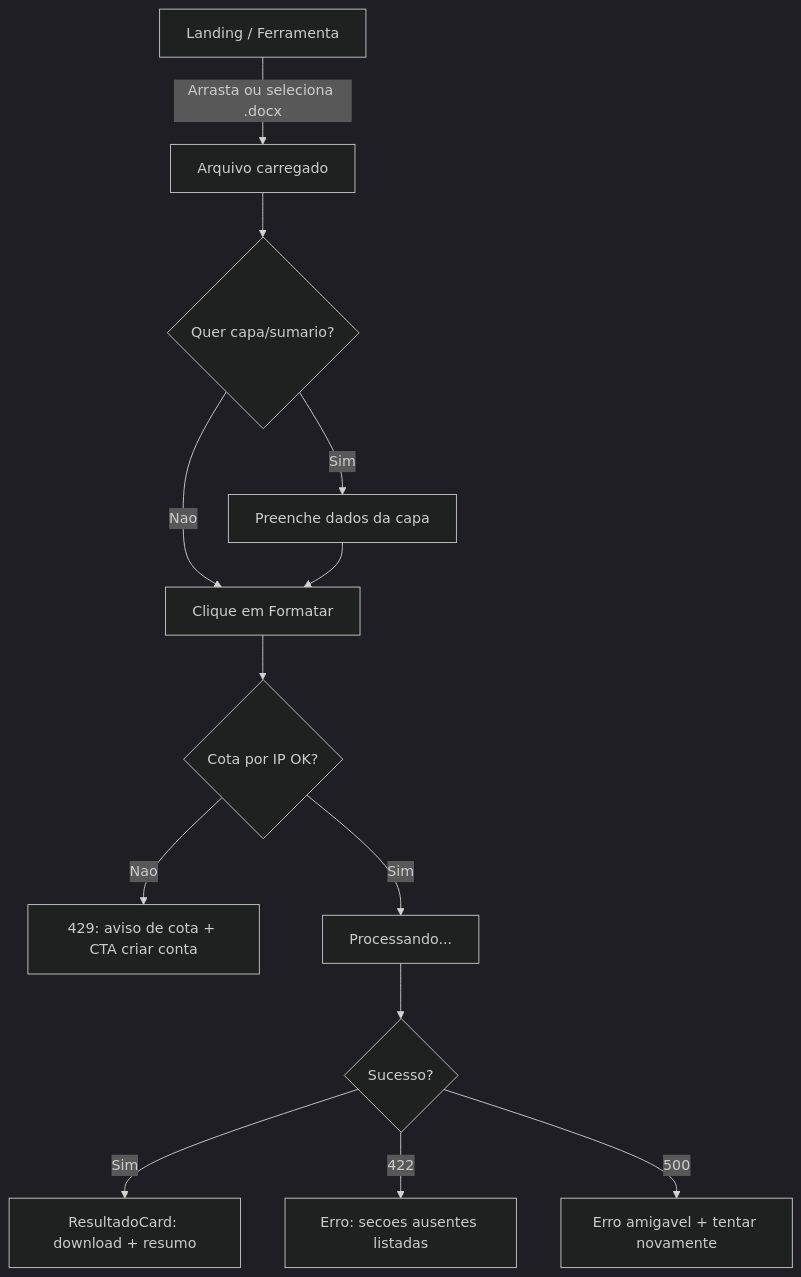
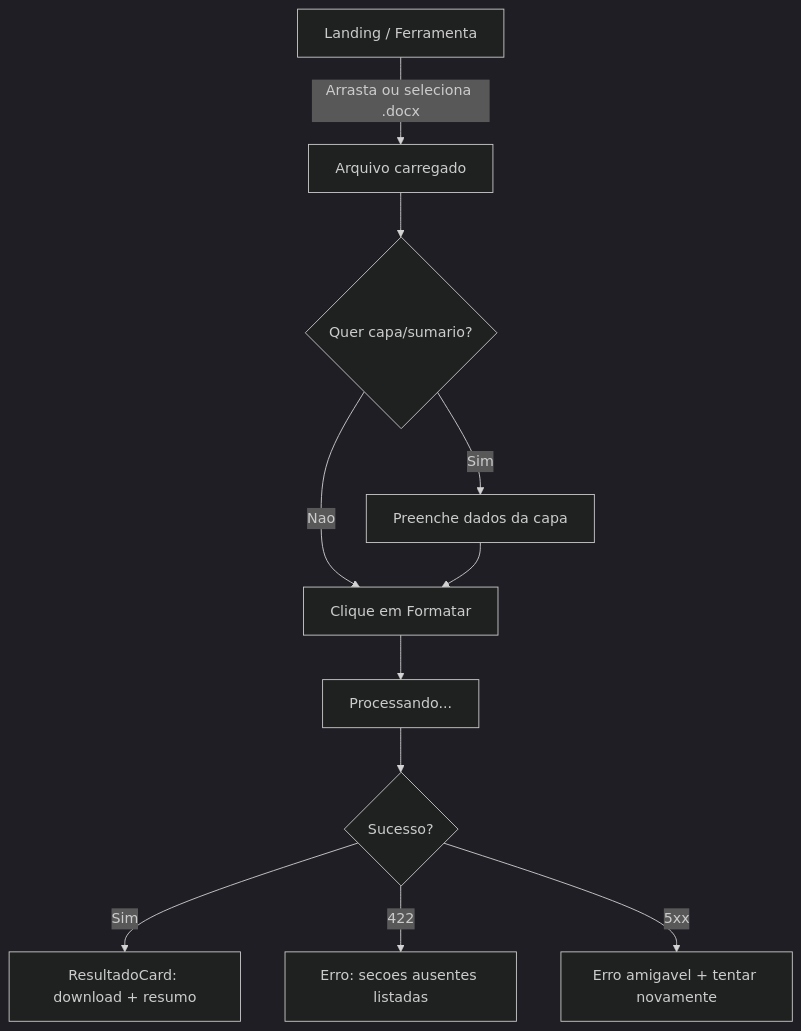
One commit to TolkYo/Formata-ABNT-PY changed the first of 3 diagrams in docs/specs/fluxos-ux.md. Above: the diagram before and after it, drawn with Mermaid (dark theme). The commit also changed other lines of this file and 10 other files, not shown here.

````diff
--- a/docs/specs/fluxos-ux.md
+++ b/docs/specs/fluxos-ux.md
@@ -5,15 +8,13 @@
 ```mermaid
 graph TD
     A[Landing / Ferramenta] -->|Arrasta ou seleciona .docx| B[Arquivo carregado]
     B --> C{Quer capa/sumario?}
     C -->|Sim| D[Preenche dados da capa]
     C -->|Nao| E[Clique em Formatar]
     D --> E
-    E --> F{Cota por IP OK?}
-    F -->|Nao| G[429: aviso de cota + CTA criar conta]
-    F -->|Sim| H[Processando...]
-    H --> I{Sucesso?}
-    I -->|Sim| J[ResultadoCard: download + resumo]
-    I -->|422| K[Erro: secoes ausentes listadas]
-    I -->|500| L[Erro amigavel + tentar novamente]
+    E --> F[Processando...]
+    F --> G{Sucesso?}
+    G -->|Sim| H[ResultadoCard: download + resumo]
+    G -->|422| I[Erro: secoes ausentes listadas]
+    G -->|5xx| J[Erro amigavel + tentar novamente]
 ```
````
